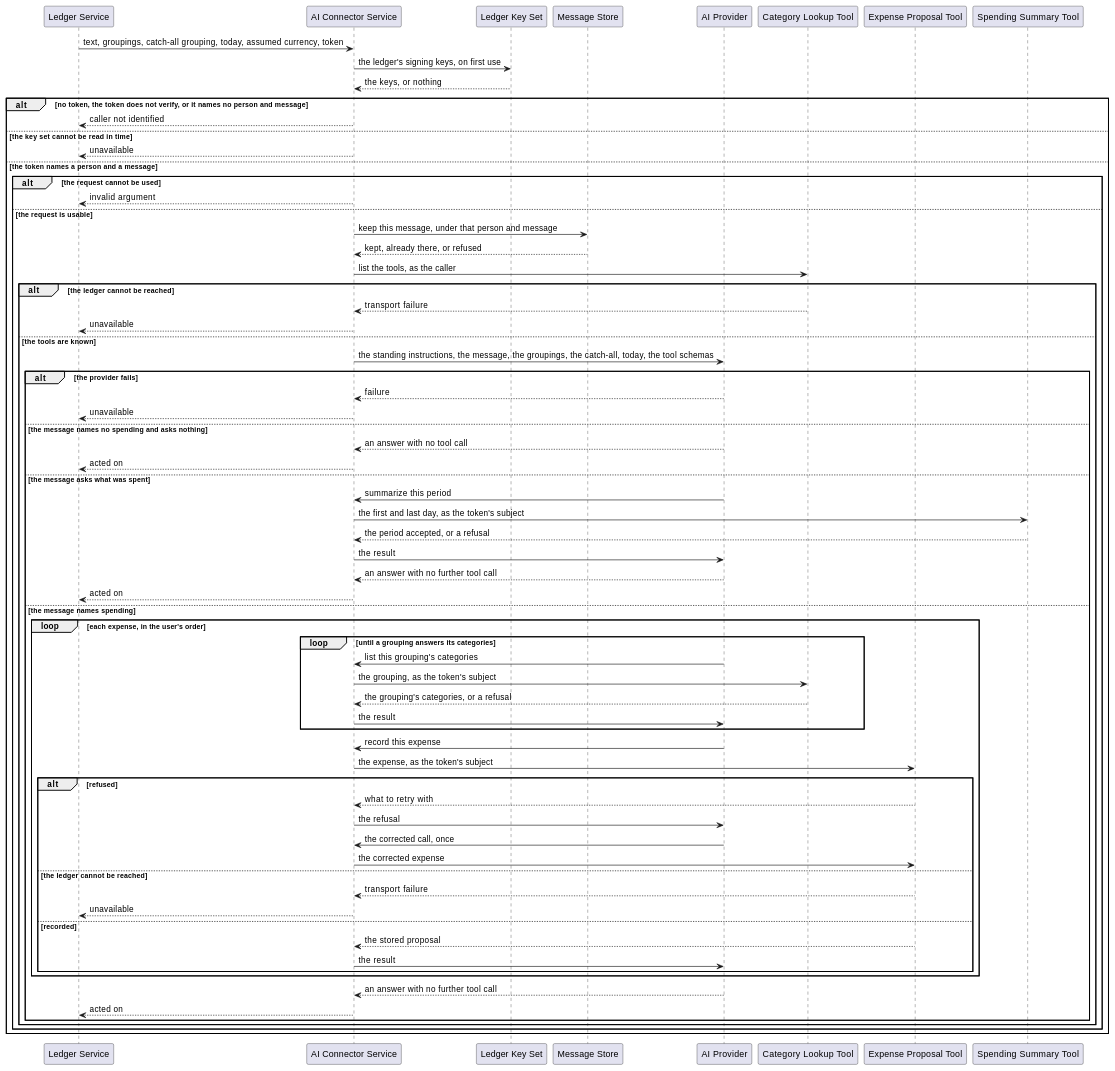
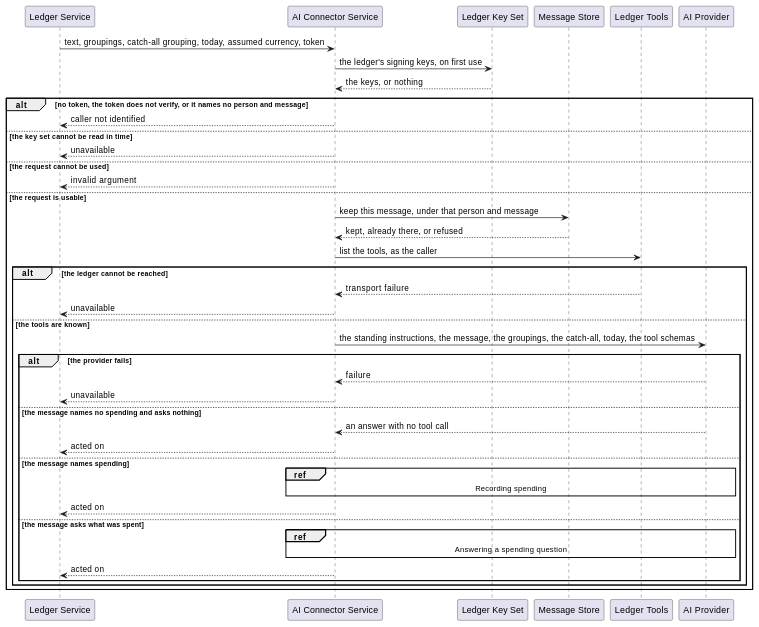
Before and after one commit to ds-usova/finance-bot: the second of 4 diagrams in ai-connector-service/docs/usecases/extract-intents.md, drawn with PlantUML. The commit also changed other lines of this file, not shown here.

Commit message:
Documentation: the extract-intents flow is one turn diagram and one per tool call

````diff
--- a/ai-connector-service/docs/usecases/extract-intents.md
+++ b/ai-connector-service/docs/usecases/extract-intents.md
@@ -113,79 +118,47 @@
 ```plantuml
-@startuml ExtractIntents-Sequence
+@startuml ExtractIntents-Turn
 participant "Ledger Service" as Caller
 participant "AI Connector Service" as Service
 participant "Ledger Key Set" as KeySet
 participant "Message Store" as Store
+participant "Ledger Tools" as Tools
 participant "AI Provider" as Provider
-participant "Category Lookup Tool" as Lookup
-participant "Expense Proposal Tool" as Tool
-participant "Spending Summary Tool" as Summary
 
 Caller -> Service : text, groupings, catch-all grouping, today, assumed currency, token
 Service -> KeySet : the ledger's signing keys, on first use
 KeySet --> Service : the keys, or nothing
 
 alt no token, the token does not verify, or it names no person and message
     Service --> Caller : caller not identified
 else the key set cannot be read in time
     Service --> Caller : unavailable
-else the token names a person and a message
-    alt the request cannot be used
-        Service --> Caller : invalid argument
-    else the request is usable
-        Service -> Store : keep this message, under that person and message
-        Store --> Service : kept, already there, or refused
-        Service -> Lookup : list the tools, as the caller
+else the request cannot be used
+    Service --> Caller : invalid argument
+else the request is usable
+    Service -> Store : keep this message, under that person and message
+    Store --> Service : kept, already there, or refused
+    Service -> Tools : list the tools, as the caller
 
-        alt the ledger cannot be reached
-            Lookup --> Service : transport failure
+    alt the ledger cannot be reached
+        Tools --> Service : transport failure
+        Service --> Caller : unavailable
+    else the tools are known
+        Service -> Provider : the standing instructions, the message, the groupings, the catch-all, today, the tool schemas
+
+        alt the provider fails
+            Provider --> Service : failure
             Service --> Caller : unavailable
-        else the tools are known
-            Service -> Provider : the standing instructions, the message, the groupings, the catch-all, today, the tool schemas
-
-            alt the provider fails
-                Provider --> Service : failure
-                Service --> Caller : unavailable
-            else the message names no spending and asks nothing
-                Provider --> Service : an answer with no tool call
-                Service --> Caller : acted on
-            else the message asks what was spent
-                Provider -> Service : summarize this period
-                Service -> Summary : the first and last day, as the token's subject
-                Summary --> Service : the period accepted, or a refusal
-                Service -> Provider : the result
-                Provider --> Service : an answer with no further tool call
-                Service --> Caller : acted on
-            else the message names spending
-                loop each expense, in the user's order
-                    loop until a grouping answers its categories
-                        Provider -> Service : list this grouping's categories
-                        Service -> Lookup : the grouping, as the token's subject
-                        Lookup --> Service : the grouping's categories, or a refusal
-                        Service -> Provider : the result
-                    end
-
-                    Provider -> Service : record this expense
-                    Service -> Tool : the expense, as the token's subject
-
-                    alt refused
-                        Tool --> Service : what to retry with
-                        Service -> Provider : the refusal
-                        Provider -> Service : the corrected call, once
-                        Service -> Tool : the corrected expense
-                    else the ledger cannot be reached
-                        Tool --> Service : transport failure
-                        Service --> Caller : unavailable
-                    else recorded
-                        Tool --> Service : the stored proposal
-                        Service -> Provider : the result
-                    end
-                end
-                Provider --> Service : an answer with no further tool call
-                Service --> Caller : acted on
-            end
+        else the message names no spending and asks nothing
+            Provider --> Service : an answer with no tool call
+            Service --> Caller : acted on
+        else the message names spending
+            ref over Service, Tools, Provider : Recording spending
+            Service --> Caller : acted on
+        else the message asks what was spent
+            ref over Service, Tools, Provider : Answering a spending question
+            Service --> Caller : acted on
         end
     end
 end
 @enduml
 ```
````
